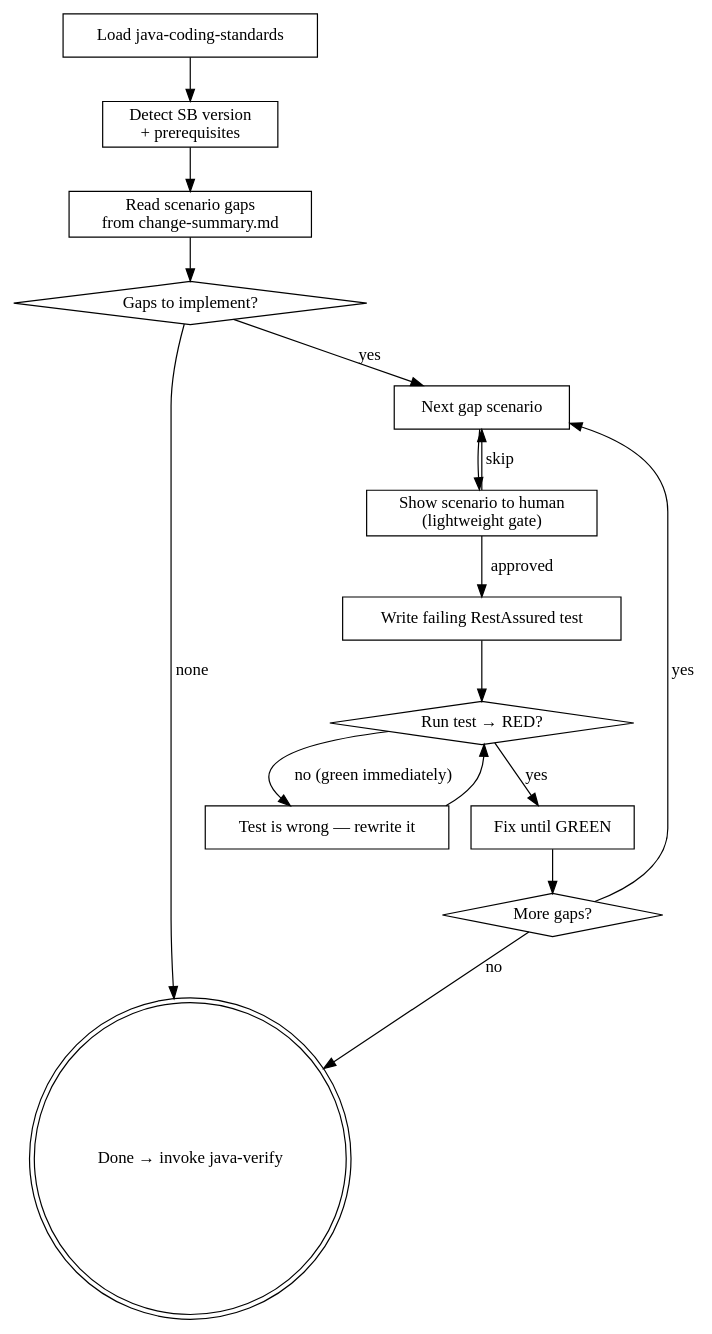
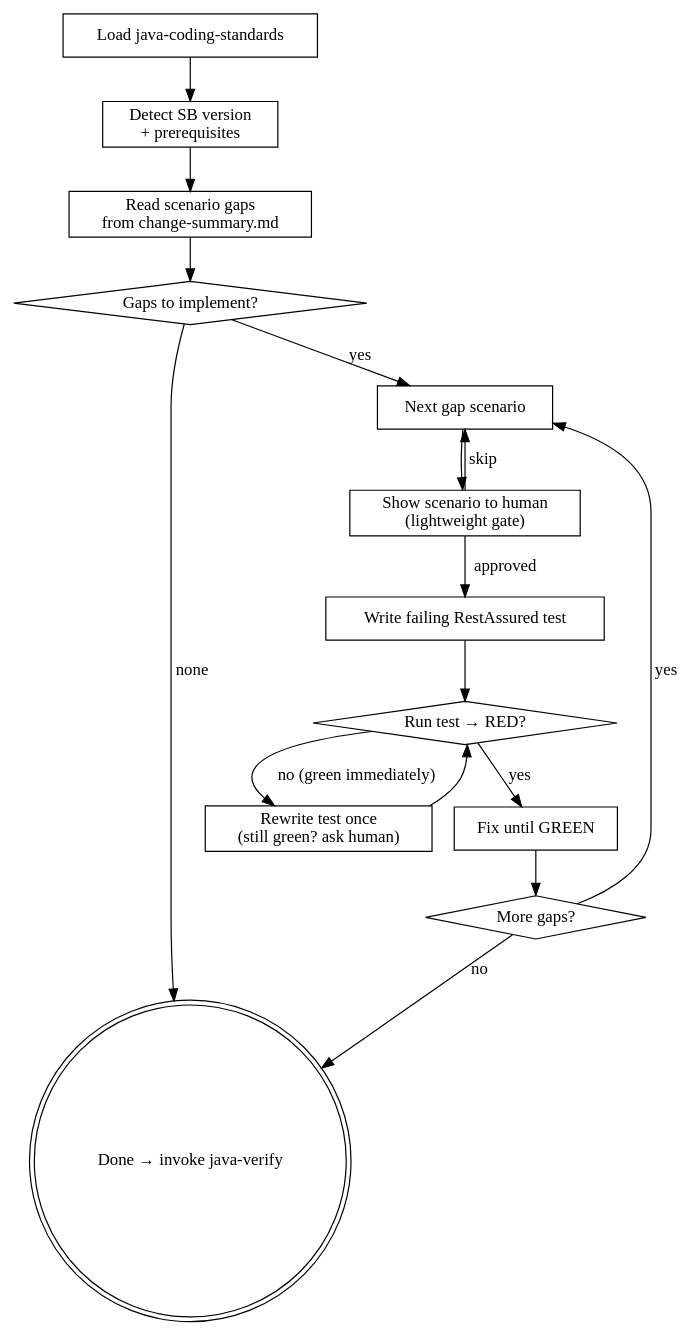
The diagram in skills/scenario-tdd/SKILL.md (honghaowuu/jkit), drawn with Graphviz before and after one commit. The commit also changed other lines of this file and 7 other files, not shown here.

````diff
--- a/skills/scenario-tdd/SKILL.md
+++ b/skills/scenario-tdd/SKILL.md
@@ -40,32 +40,32 @@
 ```dot
 digraph scenario_tdd {
     "Load java-coding-standards" [shape=box];
     "Detect SB version\n+ prerequisites" [shape=box];
     "Read scenario gaps\nfrom change-summary.md" [shape=box];
     "Gaps to implement?" [shape=diamond];
     "Done → invoke java-verify" [shape=doublecircle];
     "Next gap scenario" [shape=box];
     "Show scenario to human\n(lightweight gate)" [shape=box];
     "Write failing RestAssured test" [shape=box];
     "Run test → RED?" [shape=diamond];
-    "Test is wrong — rewrite it" [shape=box];
+    "Rewrite test once\n(still green? ask human)" [shape=box];
     "Fix until GREEN" [shape=box];
     "More gaps?" [shape=diamond];
 
     "Load java-coding-standards" -> "Detect SB version\n+ prerequisites";
     "Detect SB version\n+ prerequisites" -> "Read scenario gaps\nfrom change-summary.md";
     "Read scenario gaps\nfrom change-summary.md" -> "Gaps to implement?";
     "Gaps to implement?" -> "Done → invoke java-verify" [label="none"];
     "Gaps to implement?" -> "Next gap scenario" [label="yes"];
     "Next gap scenario" -> "Show scenario to human\n(lightweight gate)";
     "Show scenario to human\n(lightweight gate)" -> "Write failing RestAssured test" [label="approved"];
     "Show scenario to human\n(lightweight gate)" -> "Next gap scenario" [label="skip"];
     "Write failing RestAssured test" -> "Run test → RED?";
     "Run test → RED?" -> "Fix until GREEN" [label="yes"];
-    "Run test → RED?" -> "Test is wrong — rewrite it" [label="no (green immediately)"];
-    "Test is wrong — rewrite it" -> "Run test → RED?";
+    "Run test → RED?" -> "Rewrite test once\n(still green? ask human)" [label="no (green immediately)"];
+    "Rewrite test once\n(still green? ask human)" -> "Run test → RED?";
     "Fix until GREEN" -> "More gaps?";
     "More gaps?" -> "Next gap scenario" [label="yes"];
     "More gaps?" -> "Done → invoke java-verify" [label="no"];
 }
 ```
````
